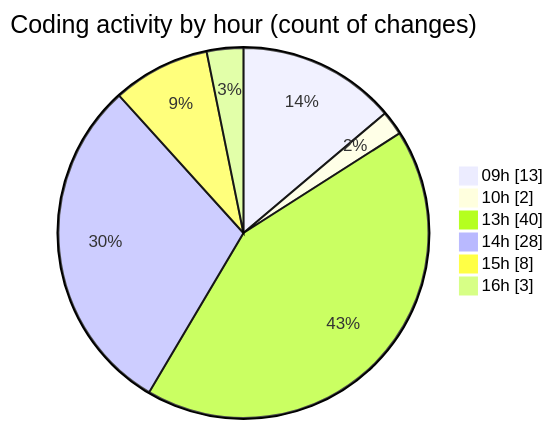
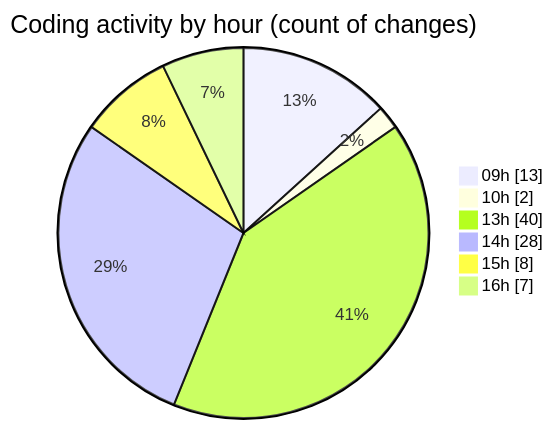
Before and after one commit to momahboobian/code-tracking: the second of 2 diagrams in 2025-08-29/cda/README.md, drawn with Mermaid. The commit also changed other lines of this file and 1 other file, not shown here.

````diff
--- a/2025-08-29/cda/README.md
+++ b/2025-08-29/cda/README.md
@@ -46,10 +46,10 @@
 ```mermaid
 pie showData
 title Coding activity by hour (count of changes)
 "09h" : 13
 "10h" : 2
 "13h" : 40
 "14h" : 28
 "15h" : 8
-"16h" : 3
+"16h" : 7
 ```
````
